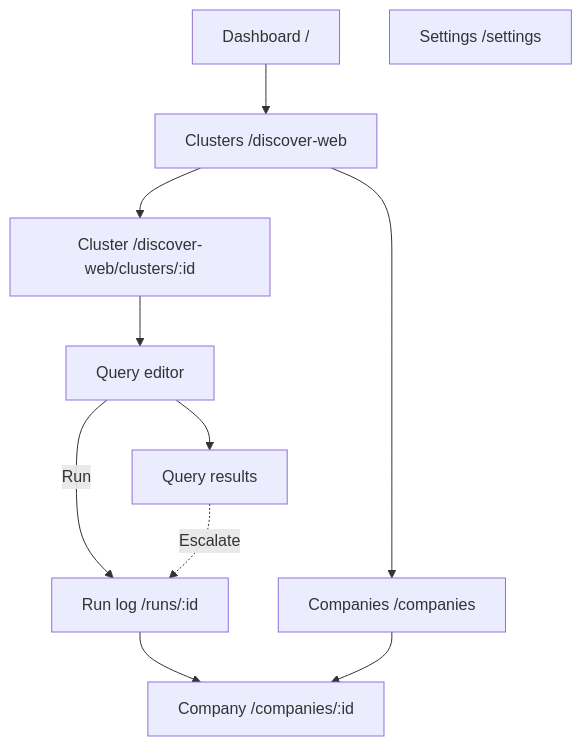
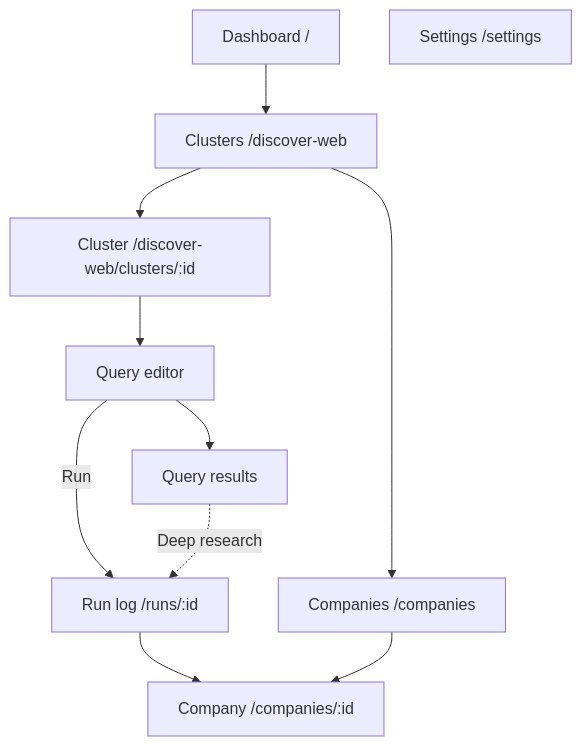
The diagram in docs/phase-1/P1-05-admin.md (Growth-Maschine/NORAD-INTEL-ENGINE-V1), drawn with Mermaid before and after one commit. The commit also changed other lines of this file and 12 other files, not shown here.

Commit message:
docs(phase-1): align P1-00 through P1-06 with current single-app build Update workflows, objects, fields, screens, and backend actions to match Web Discovery enrich, Deep research, and retired Today page features.

````diff
--- a/docs/phase-1/P1-05-admin.md
+++ b/docs/phase-1/P1-05-admin.md
@@ -248,22 +258,22 @@
 ```mermaid
 flowchart TB
     DASH[Dashboard /]
     WD[Clusters /discover-web]
     WDC[Cluster /discover-web/clusters/:id]
     QED[Query editor]
     RES[Query results]
     RUN[Run log /runs/:id]
     CO[Companies /companies]
     COD[Company /companies/:id]
     SET[Settings /settings]
 
     DASH --> WD
     WD --> WDC
     WDC --> QED
     QED --> RES
     QED -->|Run| RUN
-    RES -.->|Escalate| RUN
+    RES -.->|Deep research| RUN
     RUN --> COD
     CO --> COD
     WD --> CO
 ```
````
